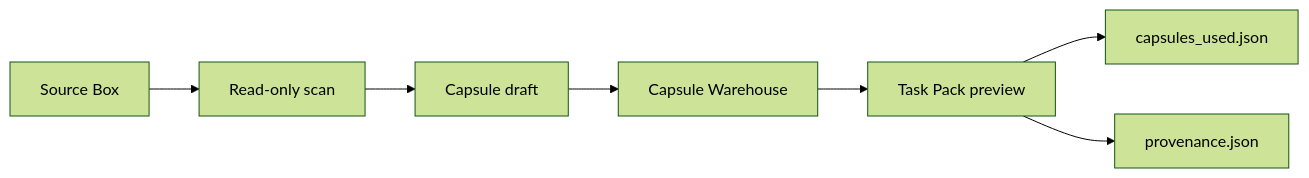
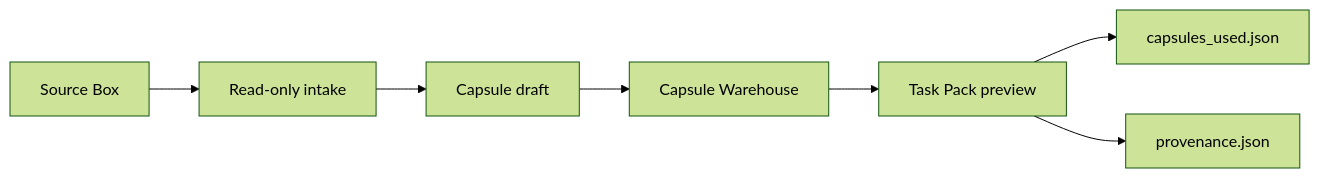
The diagram in docs/ARCHITECTURE.md (chenjinnan82-stack/Reweave-lite), drawn with Mermaid (forest theme) before and after one commit. The commit also changed other lines of this file and 69 other files, not shown here.

````diff
--- a/docs/ARCHITECTURE.md
+++ b/docs/ARCHITECTURE.md
@@ -5,9 +5,9 @@
 ```mermaid
 flowchart LR
-  A[Source Box] --> B[Read-only scan]
+  A[Source Box] --> B[Read-only intake]
   B --> C[Capsule draft]
   C --> D[Capsule Warehouse]
   D --> E[Task Pack preview]
   E --> F[capsules_used.json]
   E --> G[provenance.json]
 ```
````
